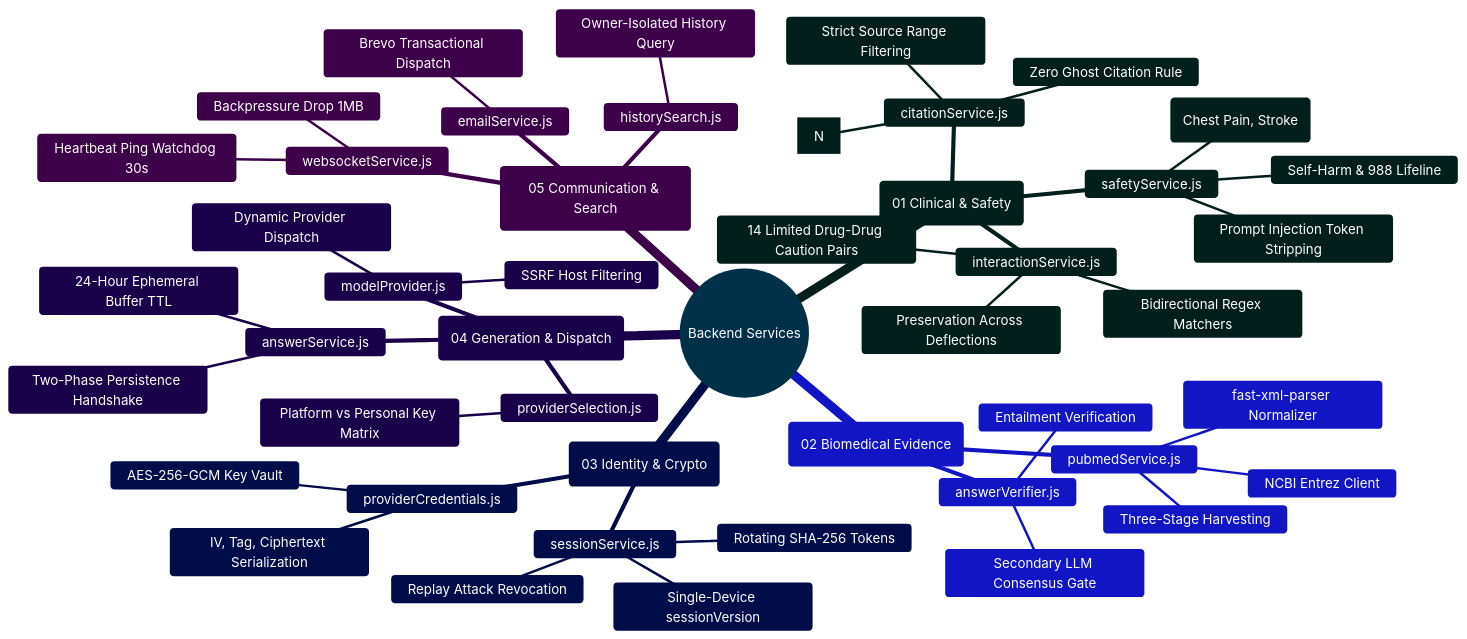
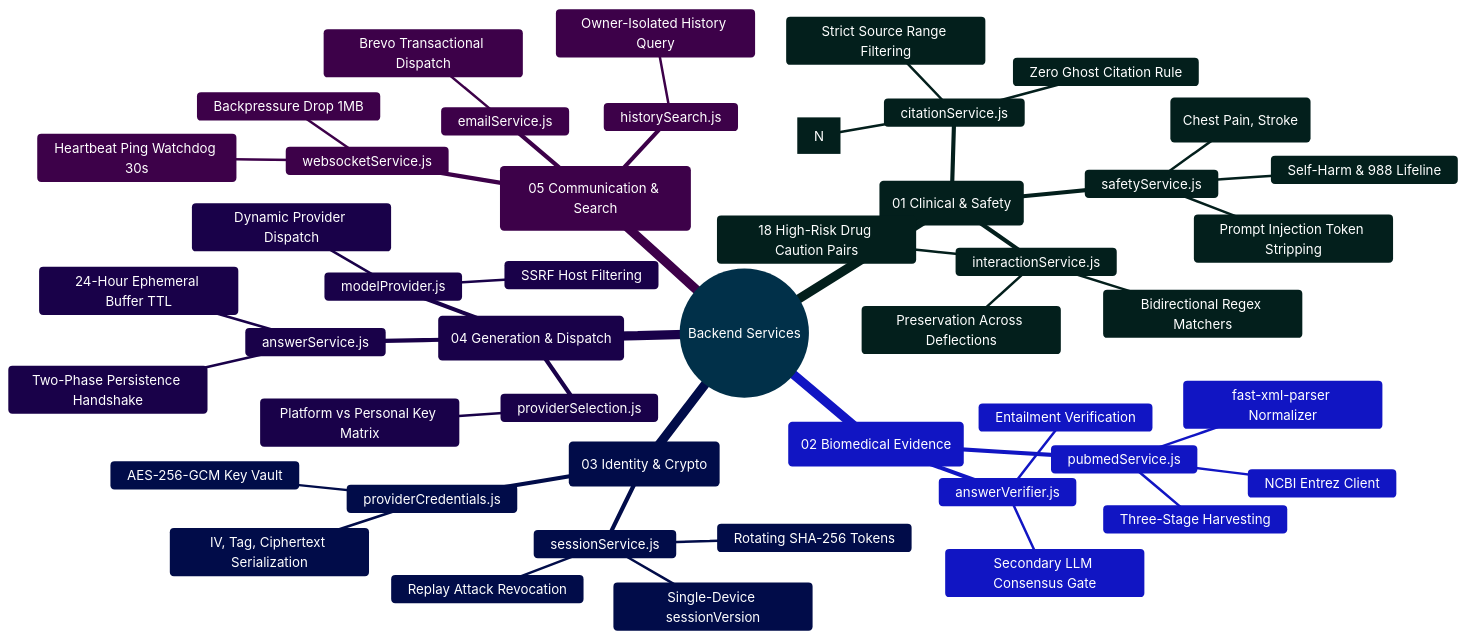
Before and after one commit to Ganesh172919/React-App-LLM: the diagram in backend/services/README.md, drawn with Mermaid. The commit also changed other lines of this file and 42 other files, not shown here.

````diff
--- a/backend/services/README.md
+++ b/backend/services/README.md
@@ -65,52 +65,52 @@
 ```mermaid
 %%{init: {'theme': 'base', 'themeVariables': { 'primaryColor': '#0284c7', 'primaryTextColor': '#ffffff', 'primaryBorderColor': '#0369a1', 'lineColor': '#0284c7', 'secondaryColor': '#0d9488', 'tertiaryColor': '#6366f1' }}}%%
 mindmap
   root((Backend Services))
     ::icon(fa fa-server)
     (01 Clinical & Safety)
       safetyService.js
         Self-Harm & 988 Lifeline
         Emergency Deflections (Chest Pain, Stroke)
         Prompt Injection Token Stripping
       interactionService.js
-        14 Limited Drug-Drug Caution Pairs
+        18 High-Risk Drug Caution Pairs
         Bidirectional Regex Matchers
         Preservation Across Deflections
       citationService.js
         Numerical Bracket Matcher [N]
         Zero Ghost Citation Rule
         Strict Source Range Filtering
     (02 Biomedical Evidence)
       pubmedService.js
         NCBI Entrez Client
         Three-Stage Harvesting
         fast-xml-parser Normalizer
       answerVerifier.js
         Secondary LLM Consensus Gate
         Entailment Verification
     (03 Identity & Crypto)
       sessionService.js
         Single-Device sessionVersion
         Rotating SHA-256 Tokens
         Replay Attack Revocation
       providerCredentials.js
         AES-256-GCM Key Vault
         IV, Tag, Ciphertext Serialization
     (04 Generation & Dispatch)
       answerService.js
         Two-Phase Persistence Handshake
         24-Hour Ephemeral Buffer TTL
       modelProvider.js
         Dynamic Provider Dispatch
         SSRF Host Filtering
       providerSelection.js
         Platform vs Personal Key Matrix
     (05 Communication & Search)
       websocketService.js
         Heartbeat Ping Watchdog 30s
         Backpressure Drop 1MB
       historySearch.js
         Owner-Isolated History Query
       emailService.js
         Brevo Transactional Dispatch
 ```
````
